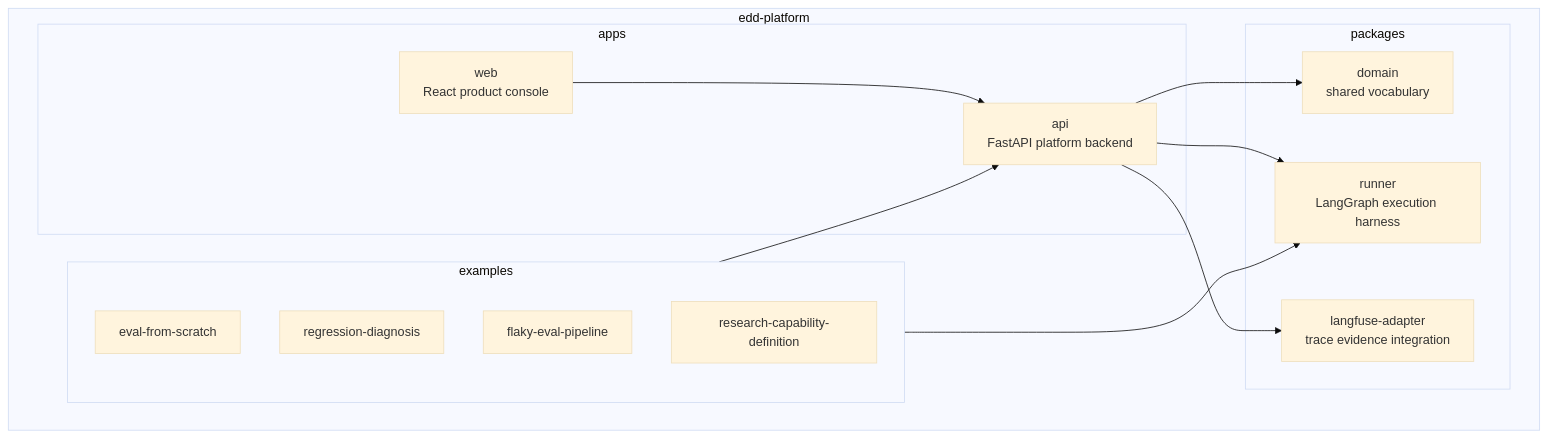
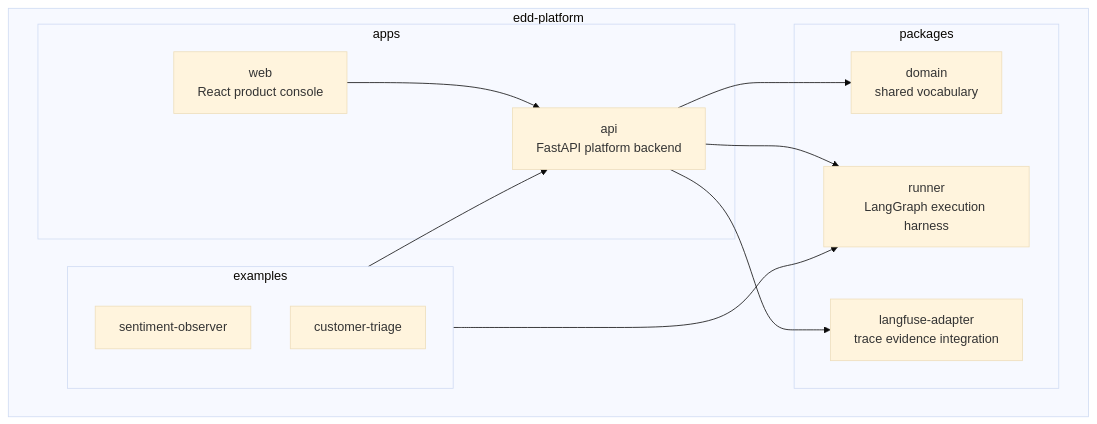
One commit to bfalkowski/edd-platform changed the second of 6 diagrams in docs/ARCHITECTURE.md. Above: the diagram before and after it, drawn with Mermaid (base theme). The commit also changed other lines of this file and 5 other files, not shown here.

````diff
--- a/docs/ARCHITECTURE.md
+++ b/docs/ARCHITECTURE.md
@@ -65,29 +65,27 @@
 ```mermaid
 flowchart TB
   subgraph Repo["edd-platform"]
     subgraph Apps["apps"]
       Web["web<br/>React product console"]
       Api["api<br/>FastAPI platform backend"]
     end
 
     subgraph Packages["packages"]
       Domain["domain<br/>shared vocabulary"]
       RunnerPkg["runner<br/>LangGraph execution harness"]
       LangfuseAdapter["langfuse-adapter<br/>trace evidence integration"]
     end
 
     subgraph Examples["examples"]
-      EvalScratch["eval-from-scratch"]
-      Regression["regression-diagnosis"]
-      Flaky["flaky-eval-pipeline"]
-      Capability["research-capability-definition"]
+      SentimentObserver["sentiment-observer"]
+      CustomerTriage["customer-triage"]
     end
   end
 
   Web --> Api
   Api --> Domain
   Api --> RunnerPkg
   Api --> LangfuseAdapter
   Examples --> Api
   Examples --> RunnerPkg
 ```
````
